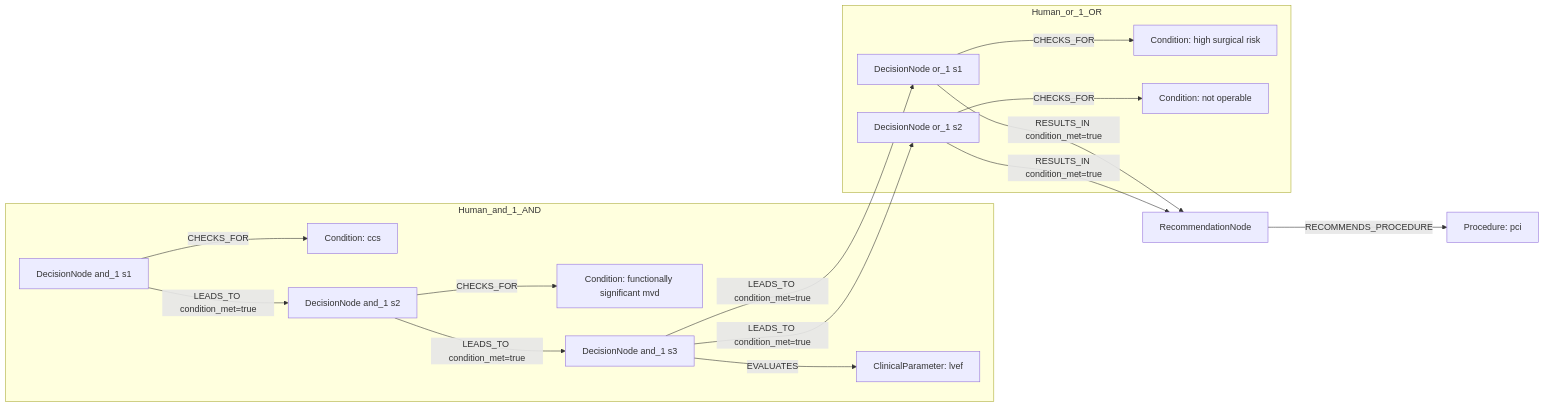
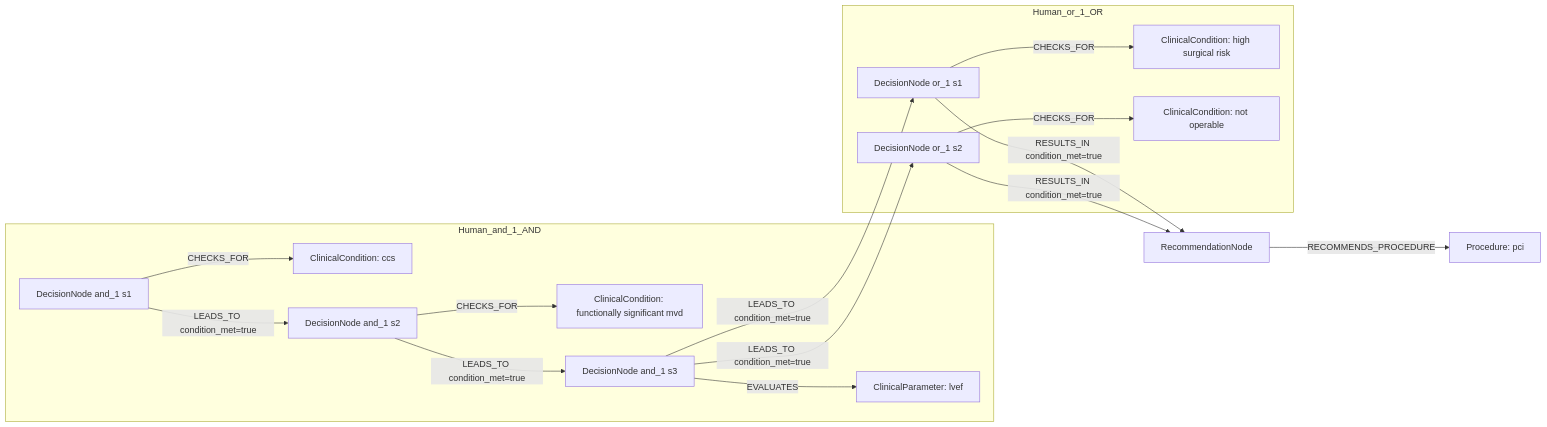
The first of 2 diagrams in docs/table22_rows_comparison/row_11.md (dieterich-lab/CardioGuidelinesGraph), drawn with Mermaid before and after one commit. The commit also changed other lines of this file and 20 other files, not shown here.

````diff
--- a/docs/table22_rows_comparison/row_11.md
+++ b/docs/table22_rows_comparison/row_11.md
@@ -325,31 +273,31 @@
 ```mermaid
 graph LR
   REC[RecommendationNode]
   ACT1[Procedure: pci]
   REC -->|RECOMMENDS_PROCEDURE| ACT1
   subgraph Human_and_1_AND
     D_and_1_1[DecisionNode and_1 s1]
-    C_and_1_1[Condition: ccs]
+    C_and_1_1[ClinicalCondition: ccs]
     D_and_1_1 -->|CHECKS_FOR| C_and_1_1
     D_and_1_2[DecisionNode and_1 s2]
-    C_and_1_2[Condition: functionally significant mvd]
+    C_and_1_2[ClinicalCondition: functionally significant mvd]
     D_and_1_2 -->|CHECKS_FOR| C_and_1_2
     D_and_1_3[DecisionNode and_1 s3]
     C_and_1_3[ClinicalParameter: lvef]
     D_and_1_3 -->|EVALUATES| C_and_1_3
     D_and_1_1 -->|LEADS_TO condition_met=true| D_and_1_2
     D_and_1_2 -->|LEADS_TO condition_met=true| D_and_1_3
   end
   subgraph Human_or_1_OR
     D_or_1_1[DecisionNode or_1 s1]
-    C_or_1_1[Condition: high surgical risk]
+    C_or_1_1[ClinicalCondition: high surgical risk]
     D_or_1_1 -->|CHECKS_FOR| C_or_1_1
     D_or_1_2[DecisionNode or_1 s2]
-    C_or_1_2[Condition: not operable]
+    C_or_1_2[ClinicalCondition: not operable]
     D_or_1_2 -->|CHECKS_FOR| C_or_1_2
     D_and_1_3 -->|LEADS_TO condition_met=true| D_or_1_1
     D_and_1_3 -->|LEADS_TO condition_met=true| D_or_1_2
   end
   D_or_1_1 -->|RESULTS_IN condition_met=true| REC
   D_or_1_2 -->|RESULTS_IN condition_met=true| REC
 ```
````
